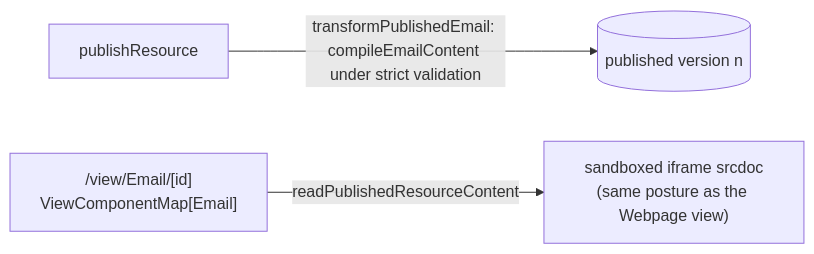
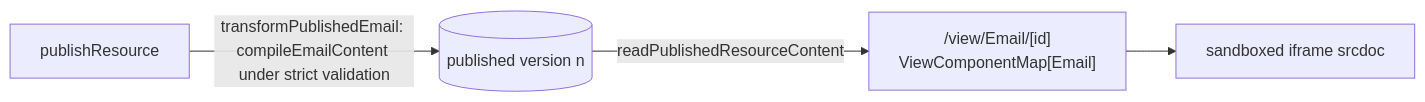
One commit to Esposter/Esposter changed the diagram in openspec/specs/resource/email-web-view/design.md. Above: the diagram before and after it, drawn with Mermaid. The commit also changed other lines of this file and 13 other files, not shown here.

````diff
--- a/openspec/specs/resource/email-web-view/design.md
+++ b/openspec/specs/resource/email-web-view/design.md
@@ -11,5 +11,6 @@
 ```mermaid
 flowchart LR
   PUB["publishResource"] -->|"transformPublishedEmail: compileEmailContent under strict validation"| SNAP[("published version n")]
-  VIEW["/view/Email/[id]<br/>ViewComponentMap[Email]"] -->|readPublishedResourceContent| RENDER["sandboxed iframe srcdoc<br/>(same posture as the Webpage view)"]
+  SNAP -->|readPublishedResourceContent| VIEW["/view/Email/[id]<br/>ViewComponentMap[Email]"]
+  VIEW --> RENDER["sandboxed iframe srcdoc"]
 ```
````
